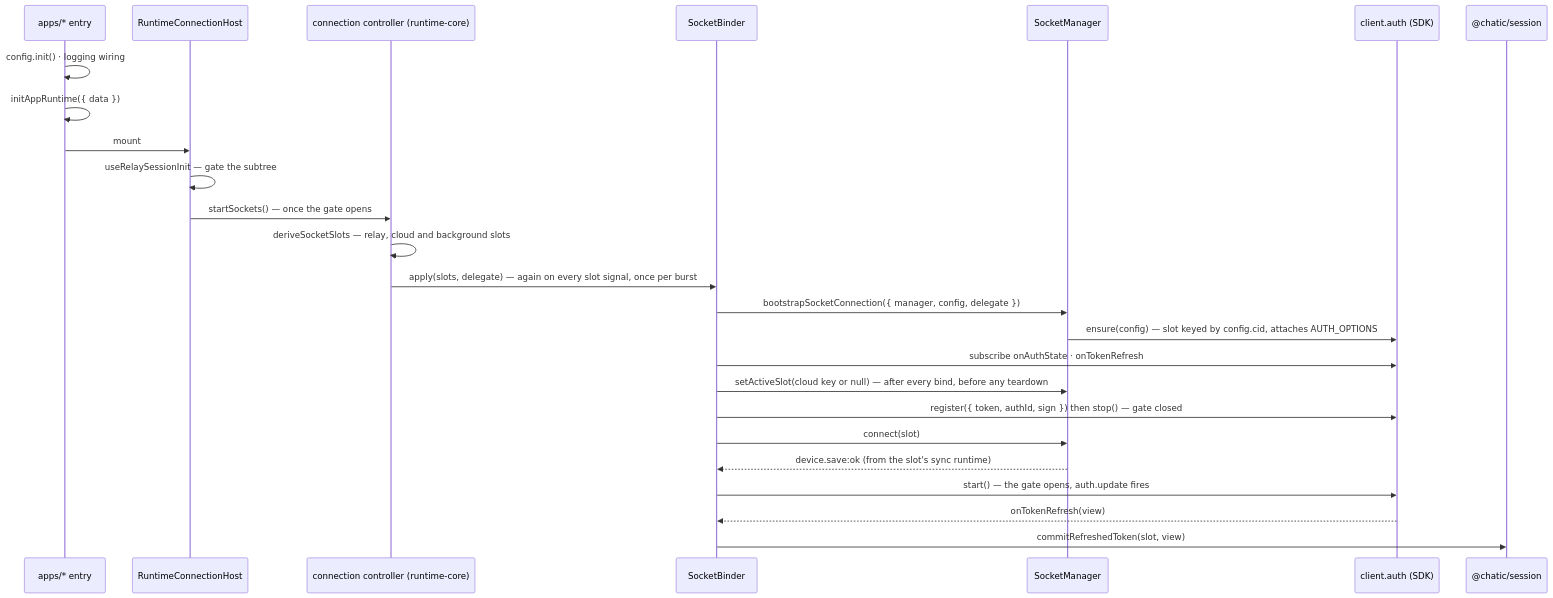
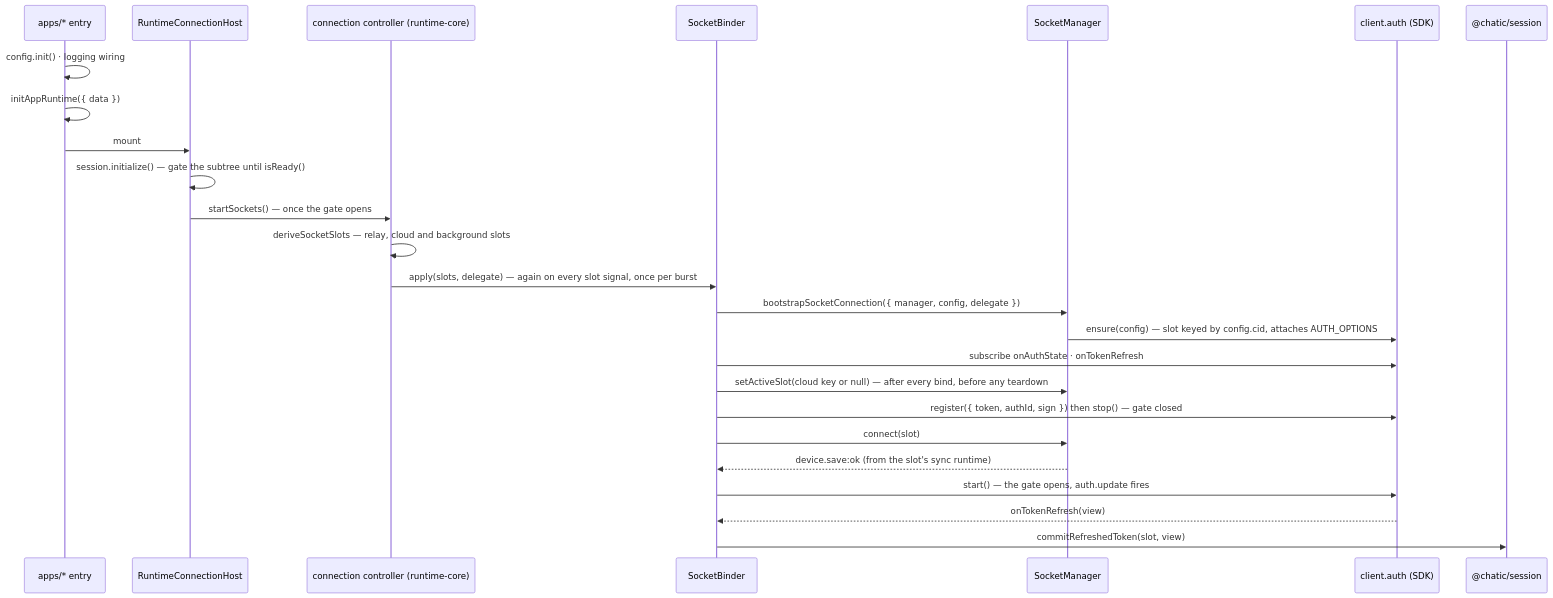
Before and after one commit to lemoncloud-io/dou-app: the second of 2 diagrams in libs/app-runtime/README.md, drawn with Mermaid. The commit also changed other lines of this file and 45 other files, not shown here.

First line of the commit message:
refactor(runtime-core,runtime-web,app-runtime): keep the relay session up outside react

````diff
--- a/libs/app-runtime/README.md
+++ b/libs/app-runtime/README.md
@@ -162,28 +162,28 @@
 ```mermaid
 sequenceDiagram
     participant App as apps/* entry
     participant Host as RuntimeConnectionHost
     participant C as connection controller (runtime-core)
     participant B as SocketBinder
     participant M as SocketManager
     participant A as client.auth (SDK)
     participant S as @chatic/session
 
     App->>App: config.init() · logging wiring
     App->>App: initAppRuntime({ data })
     App->>Host: mount
-    Host->>Host: useRelaySessionInit — gate the subtree
+    Host->>Host: session.initialize() — gate the subtree until isReady()
     Host->>C: startSockets() — once the gate opens
     C->>C: deriveSocketSlots — relay, cloud and background slots
     C->>B: apply(slots, delegate) — again on every slot signal, once per burst
     B->>M: bootstrapSocketConnection({ manager, config, delegate })
     M->>A: ensure(config) — slot keyed by config.cid, attaches AUTH_OPTIONS
     B->>A: subscribe onAuthState · onTokenRefresh
     B->>M: setActiveSlot(cloud key or null) — after every bind, before any teardown
     B->>A: register({ token, authId, sign }) then stop() — gate closed
     B->>M: connect(slot)
     M-->>B: device.save:ok (from the slot's sync runtime)
     B->>A: start() — the gate opens, auth.update fires
     A-->>B: onTokenRefresh(view)
     B->>S: commitRefreshedToken(slot, view)
 ```
````
